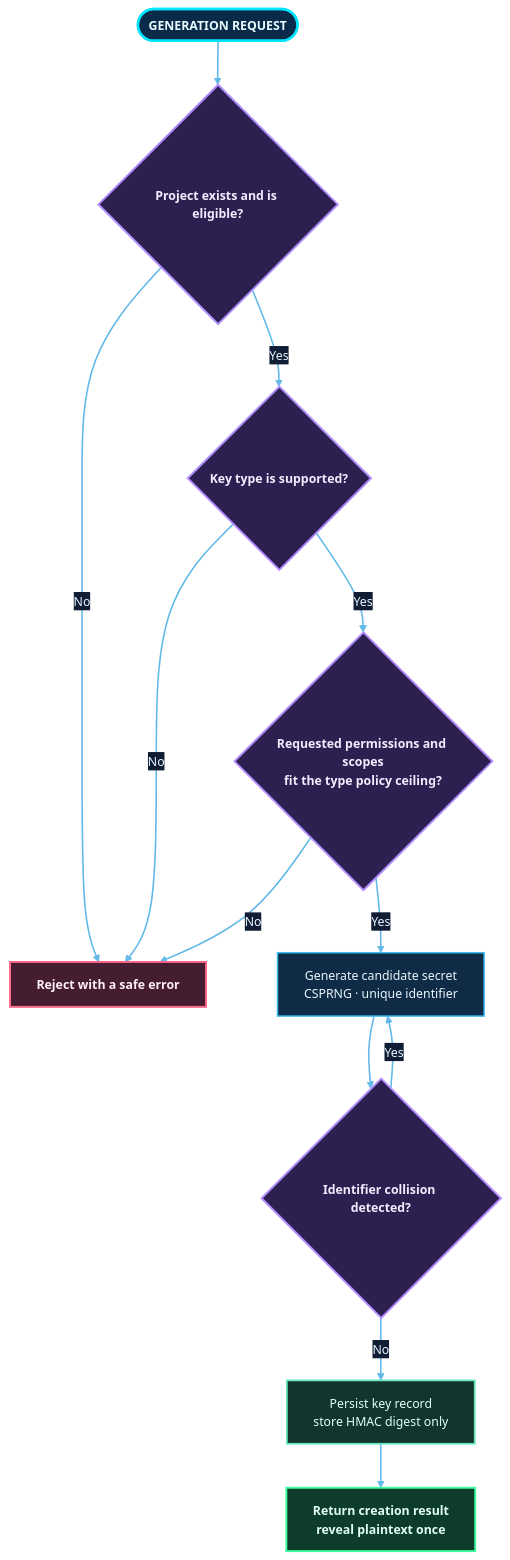
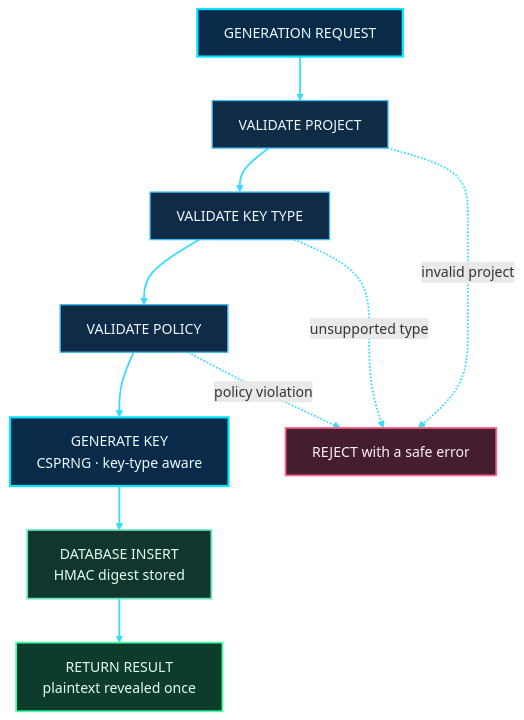
The ninth of 23 diagrams in README.md (shajeduzzamanenan992008inc/NexOra-Database-key-Gen), drawn with Mermaid before and after one commit. The commit also changed other lines of this file, not shown here.

````diff
--- a/README.md
+++ b/README.md
@@ -917,34 +895,30 @@
 ```mermaid
-%%{init: {"theme":"base","themeVariables":{"darkMode":true,"background":"#07111f","primaryColor":"#102744","primaryTextColor":"#e8f7ff","primaryBorderColor":"#00d9ff","lineColor":"#62b9e8","secondaryColor":"#261d45","secondaryTextColor":"#f3eaff","secondaryBorderColor":"#a78bfa","tertiaryColor":"#12332b","tertiaryTextColor":"#e0fff1","tertiaryBorderColor":"#41e6a2","fontFamily":"Inter, Segoe UI, sans-serif","fontSize":"14px","edgeLabelBackground":"#101d34","mainBkg":"#102744","nodeBorder":"#00d9ff","clusterBkg":"#0b1930","clusterBorder":"#6f7dff","actorBkg":"#102744","actorBorder":"#00d9ff","actorTextColor":"#e8f7ff","signalColor":"#64d8ff","signalTextColor":"#e8f7ff","noteBkgColor":"#0e332b","noteBorderColor":"#41e6a2","noteTextColor":"#e0fff1"}}}%%
-flowchart TB
-    START(["GENERATION REQUEST"]) --> PROJECT{"Project exists and is eligible?"}
-    PROJECT -->|No| REJECT["Reject with a safe error"]
-    PROJECT -->|Yes| TYPE{"Key type is supported?"}
-    TYPE -->|No| REJECT
-    TYPE -->|Yes| POLICY{"Requested permissions and scopes<br/>fit the type policy ceiling?"}
-    POLICY -->|No| REJECT
-    POLICY -->|Yes| RANDOM["Generate candidate secret<br/>CSPRNG · unique identifier"]
-    RANDOM --> COLLISION{"Identifier collision detected?"}
-    COLLISION -->|Yes| RANDOM
-    COLLISION -->|No| STORE["Persist key record<br/>store HMAC digest only"]
-    STORE --> RETURN["Return creation result<br/>reveal plaintext once"]
+flowchart TD
+    G0["GENERATION REQUEST"] --> G1["VALIDATE PROJECT"]
+    G1 --> G2["VALIDATE KEY TYPE"]
+    G2 --> G3["VALIDATE POLICY"]
+    G3 --> G4["GENERATE KEY<br/>CSPRNG · key-type aware"]
+    G4 --> G5["DATABASE INSERT<br/>HMAC digest stored"]
+    G5 --> G6["RETURN RESULT<br/>plaintext revealed once"]
+    G1 -.->|"invalid project"| GX["REJECT with a safe error"]
+    G2 -.->|"unsupported type"| GX
+    G3 -.->|"policy violation"| GX
 
-
-    %% OMEGA NEX-ORA · ULTRA NEON DESIGN SYSTEM
-    classDef nxCore fill:#092b49,stroke:#00e5ff,stroke-width:2.8px,color:#e9fbff,font-weight:bold;
-    classDef nxProcess fill:#102b45,stroke:#3dbcf5,stroke-width:1.7px,color:#e9f6ff;
-    classDef nxDecision fill:#2b2050,stroke:#b38cff,stroke-width:2.2px,color:#f3edff,font-weight:bold;
-    classDef nxSuccess fill:#0d3b2c,stroke:#3fffa0,stroke-width:2.2px,color:#e0fff0,font-weight:bold;
-    classDef nxDanger fill:#451d30,stroke:#ff6688,stroke-width:2.2px,color:#fff0f3,font-weight:bold;
+    %% OMEGA NEX-ORA visual classes
+    %% OMEGA NEX-ORA / ULTRA NEON PALETTE
+    classDef nxCore fill:#092b49,stroke:#00e5ff,stroke-width:2.5px,color:#e9fbff;
+    classDef nxProcess fill:#102b45,stroke:#3dbcf5,stroke-width:1.5px,color:#e9f6ff;
+    classDef nxDecision fill:#2b2050,stroke:#b38cff,stroke-width:2px,color:#f3edff;
+    classDef nxSuccess fill:#0d3b2c,stroke:#3fffa0,stroke-width:2px,color:#e0fff0;
+    classDef nxDanger fill:#451d30,stroke:#ff6688,stroke-width:2px,color:#fff0f3;
     classDef nxData fill:#12352d,stroke:#63e6be,stroke-width:2px,color:#e1fff5;
     classDef nxExternal fill:#2b2149,stroke:#c4a5ff,stroke-width:2px,color:#f3ecff;
     classDef nxInfo fill:#17253e,stroke:#91a7c9,stroke-width:1.5px,color:#e5efff;
     classDef nxWarning fill:#453116,stroke:#fbbf24,stroke-width:2px,color:#fff6d6;
-    linkStyle default stroke:#62b9e8,stroke-width:1.8px;
-    class START nxCore;
-    class PROJECT,TYPE,POLICY,COLLISION nxDecision;
-    class RANDOM nxProcess;
-    class STORE nxData;
-    class RETURN nxSuccess;
-    class REJECT nxDanger;
+    class G0,G4 nxCore;
+    class G1,G2,G3 nxProcess;
+    class G5 nxData;
+    class G6 nxSuccess;
+    class GX nxDanger;
+    linkStyle default stroke:#35dcff,stroke-width:2px;
 ```
````
